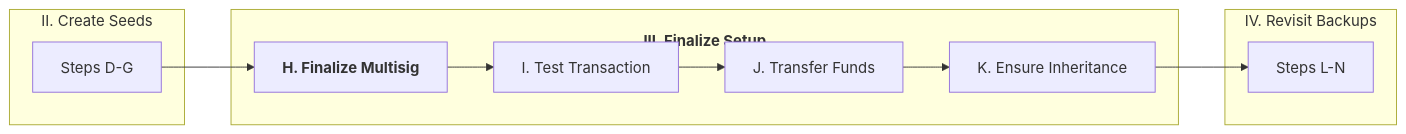
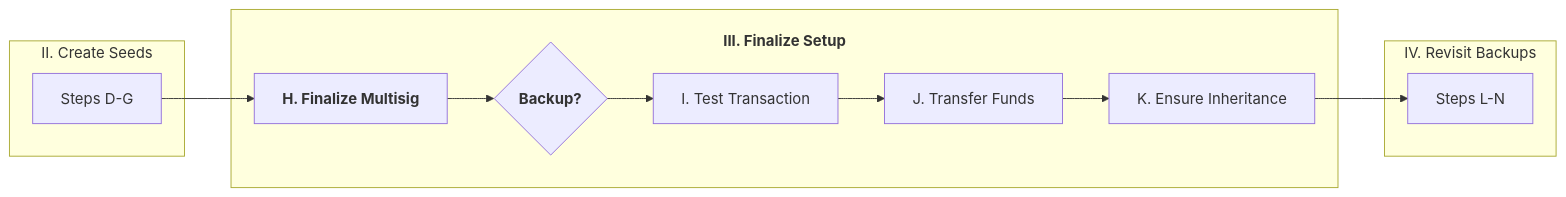
One commit to BlockchainCommons/SmartCustody changed the ninth of 15 diagrams in Docs/Scenario-Multisig.md. Above: the diagram before and after it, drawn with Mermaid.

````diff
--- a/Docs/Scenario-Multisig.md
+++ b/Docs/Scenario-Multisig.md
@@ -602,18 +602,19 @@
 ```mermaid
     graph LR;
     subgraph 2[II. Create Seeds]
     G[Steps D-G]
     end
     subgraph 3[<h4>III. Finalize Setup</h4>]
     H[<b>H. Finalize Multisig</b>]
+    H1{<b>Backup?</b>}
     I[I. Test Transaction]
     J[J. Transfer Funds]
     K[K. Ensure Inheritance]
-    H-->I-->J-->K
+    H-->H1-->I-->J-->K
     end
     subgraph 4[IV. Revisit Backups]
     L[Steps L-N]
     end
     G-->H
     K-->L
 ```
````
